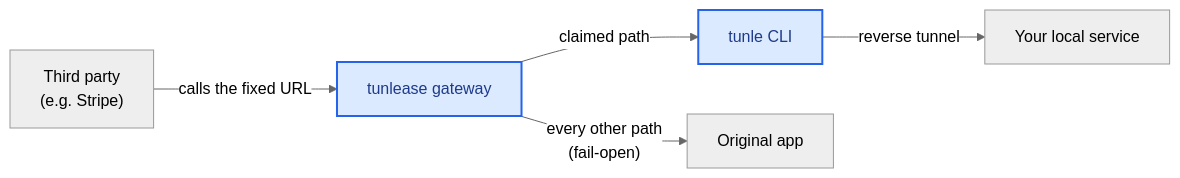
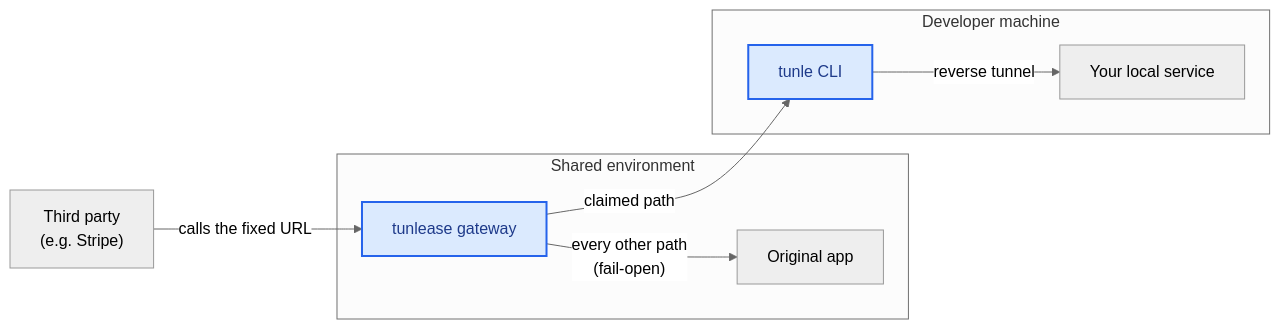
The diagram in README.md (iml885203/tunlease), drawn with Mermaid (neutral theme) before and after one commit. The commit also changed other lines of this file and 19 other files, not shown here.

````diff
--- a/README.md
+++ b/README.md
@@ -22,11 +22,21 @@
 ```mermaid
 flowchart LR
     TP["Third party<br/>(e.g. Stripe)"] -->|"calls the fixed URL"| GW[tunlease gateway]
 
-    GW -->|"claimed path"| CLI[tunle CLI]
-    GW -->|"every other path<br/>(fail-open)"| App[Original app]
-    CLI -->|"reverse tunnel"| Local[Your local service]
+    subgraph Shared["Shared environment"]
+        GW[tunlease gateway]
+        App[Original app]
+        GW -->|"every other path<br/>(fail-open)"| App
+    end
+
+    subgraph Developer["Developer machine"]
+        CLI[tunle CLI]
+        Local[Your local service]
+        CLI -->|"reverse tunnel"| Local
+    end
+
+    GW -->|"claimed path"| CLI
 
     classDef tunlease fill:#dbeafe,stroke:#2563eb,color:#1e3a8a,stroke-width:2px;
     class GW,CLI tunlease;
 ```
````
